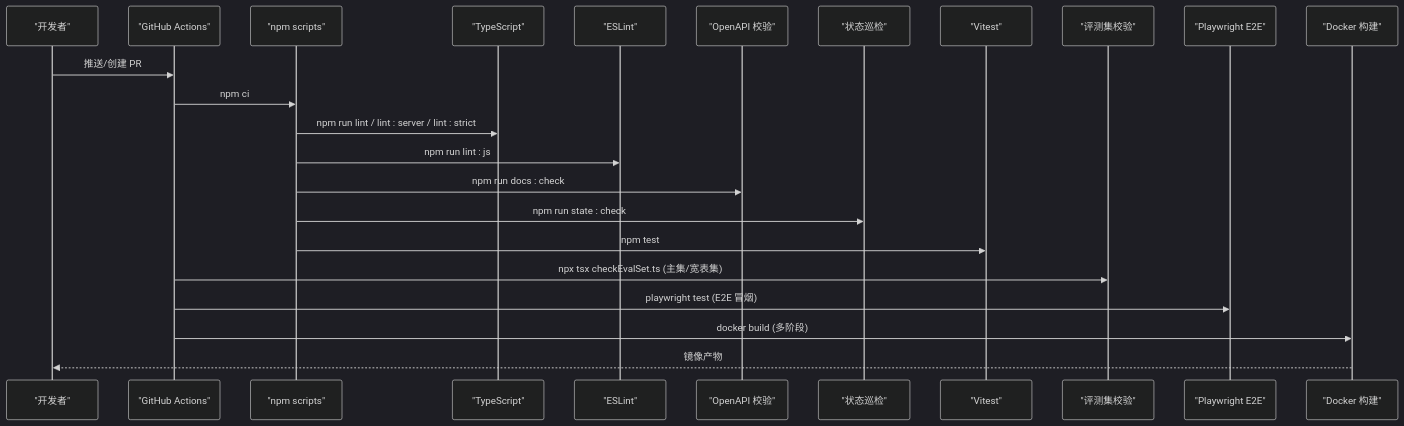
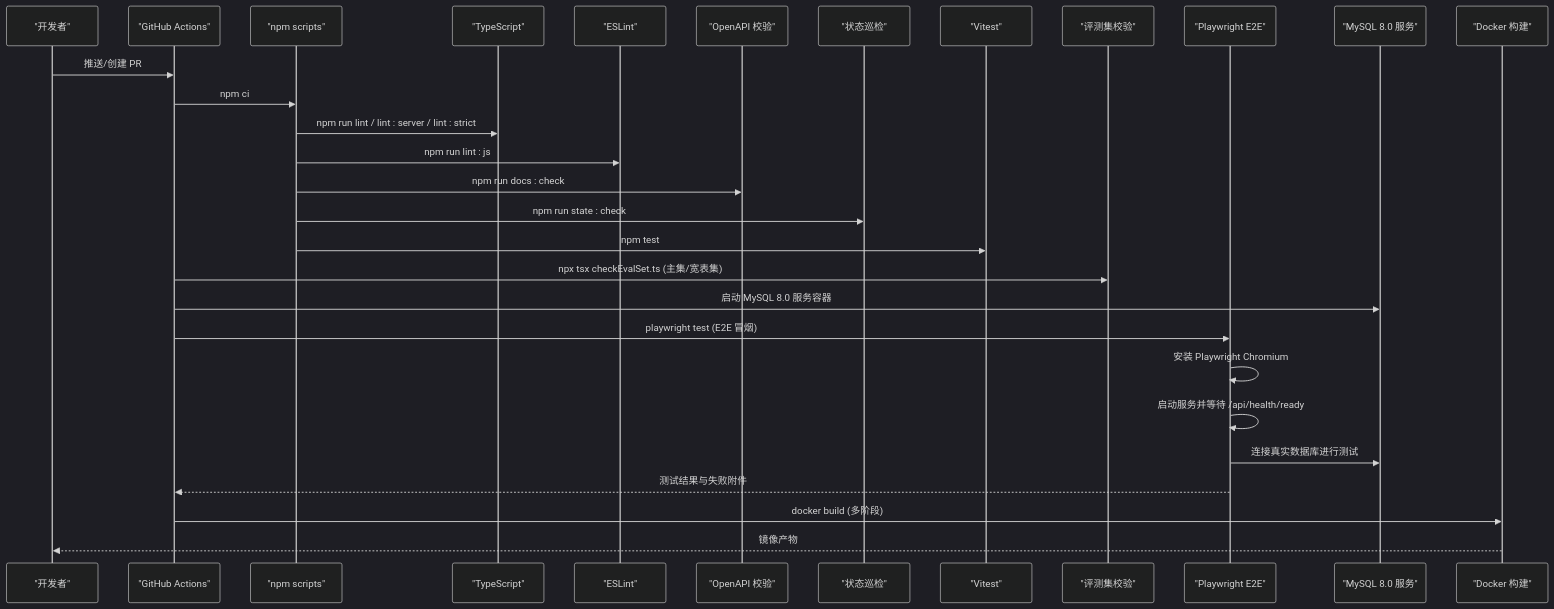
The second of 9 diagrams in .qoder/repowiki/zh/content/部署指南/CI_CD流水线.md (dgjin/smart-data-analytics), drawn with Mermaid (dark theme) before and after one commit. The commit also changed other lines of this file and 100 other files, not shown here.

````diff
--- a/.qoder/repowiki/zh/content/部署指南/CI_CD流水线.md
+++ b/.qoder/repowiki/zh/content/部署指南/CI_CD流水线.md
@@ -75,25 +93,31 @@
 ```mermaid
 sequenceDiagram
 participant Dev as "开发者"
 participant GH as "GitHub Actions"
 participant NPM as "npm scripts"
 participant TSC as "TypeScript"
 participant ESL as "ESLint"
 participant DOC as "OpenAPI 校验"
 participant STA as "状态巡检"
 participant VIT as "Vitest"
 participant EVAL as "评测集校验"
 participant PW as "Playwright E2E"
+participant MYSQL as "MySQL 8.0 服务"
 participant DOCK as "Docker 构建"
 Dev->>GH : 推送/创建 PR
 GH->>NPM : npm ci
 NPM->>TSC : npm run lint / lint : server / lint : strict
 NPM->>ESL : npm run lint : js
 NPM->>DOC : npm run docs : check
 NPM->>STA : npm run state : check
 NPM->>VIT : npm test
 GH->>EVAL : npx tsx checkEvalSet.ts (主集/宽表集)
+GH->>MYSQL : 启动 MySQL 8.0 服务容器
 GH->>PW : playwright test (E2E 冒烟)
+PW->>PW : 安装 Playwright Chromium
+PW->>PW : 启动服务并等待 /api/health/ready
+PW->>MYSQL : 连接真实数据库进行测试
+PW-->>GH : 测试结果与失败附件
 GH->>DOCK : docker build (多阶段)
 DOCK-->>Dev : 镜像产物
 ```
````
